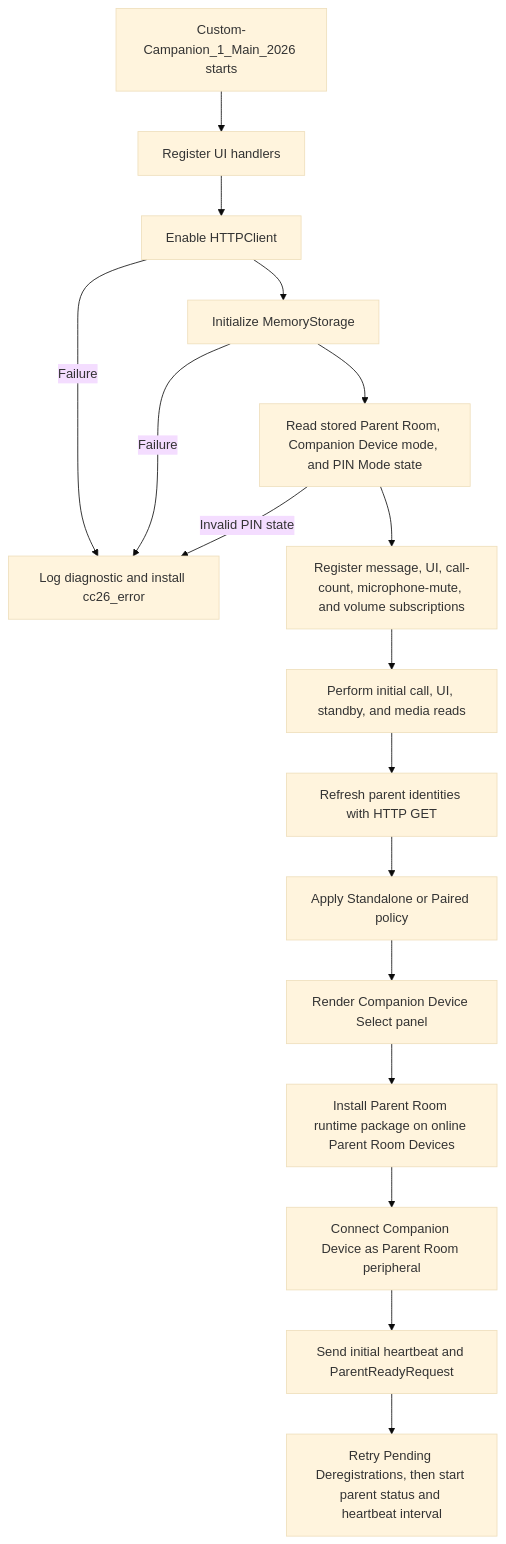
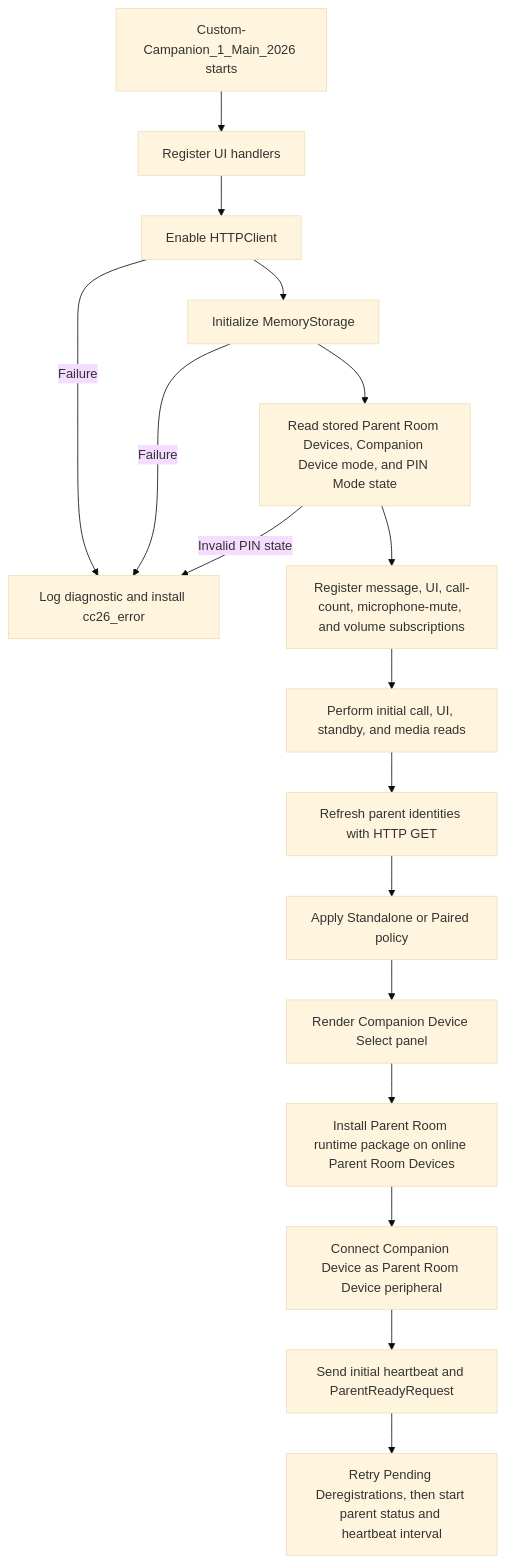
The first of 8 diagrams in README.md (ctg-tme/Custom_Companion_2026), drawn with Mermaid (base theme) before and after one commit. The commit also changed other lines of this file and 26 other files, not shown here.

````diff
--- a/README.md
+++ b/README.md
@@ -60,19 +60,19 @@
 ```mermaid
 flowchart TD
 	A[Custom-Campanion_1_Main_2026 starts] --> B[Register UI handlers]
 	B --> C[Enable HTTPClient]
 	C --> D[Initialize MemoryStorage]
 	C -- Failure --> X[Log diagnostic and install cc26_error]
 	D -- Failure --> X
-	D --> E[Read stored Parent Room, Companion Device mode, and PIN Mode state]
+	D --> E[Read stored Parent Room Devices, Companion Device mode, and PIN Mode state]
 	E -- Invalid PIN state --> X
 	E --> F[Register message, UI, call-count, microphone-mute, and volume subscriptions]
 	F --> G[Perform initial call, UI, standby, and media reads]
 	G --> H[Refresh parent identities with HTTP GET]
 	H --> I[Apply Standalone or Paired policy]
 	I --> J[Render Companion Device Select panel]
 	J --> K[Install Parent Room runtime package on online Parent Room Devices]
-	K --> L[Connect Companion Device as Parent Room peripheral]
+	K --> L[Connect Companion Device as Parent Room Device peripheral]
 	L --> M[Send initial heartbeat and ParentReadyRequest]
 	M --> N[Retry Pending Deregistrations, then start parent status and heartbeat interval]
 ```
````
